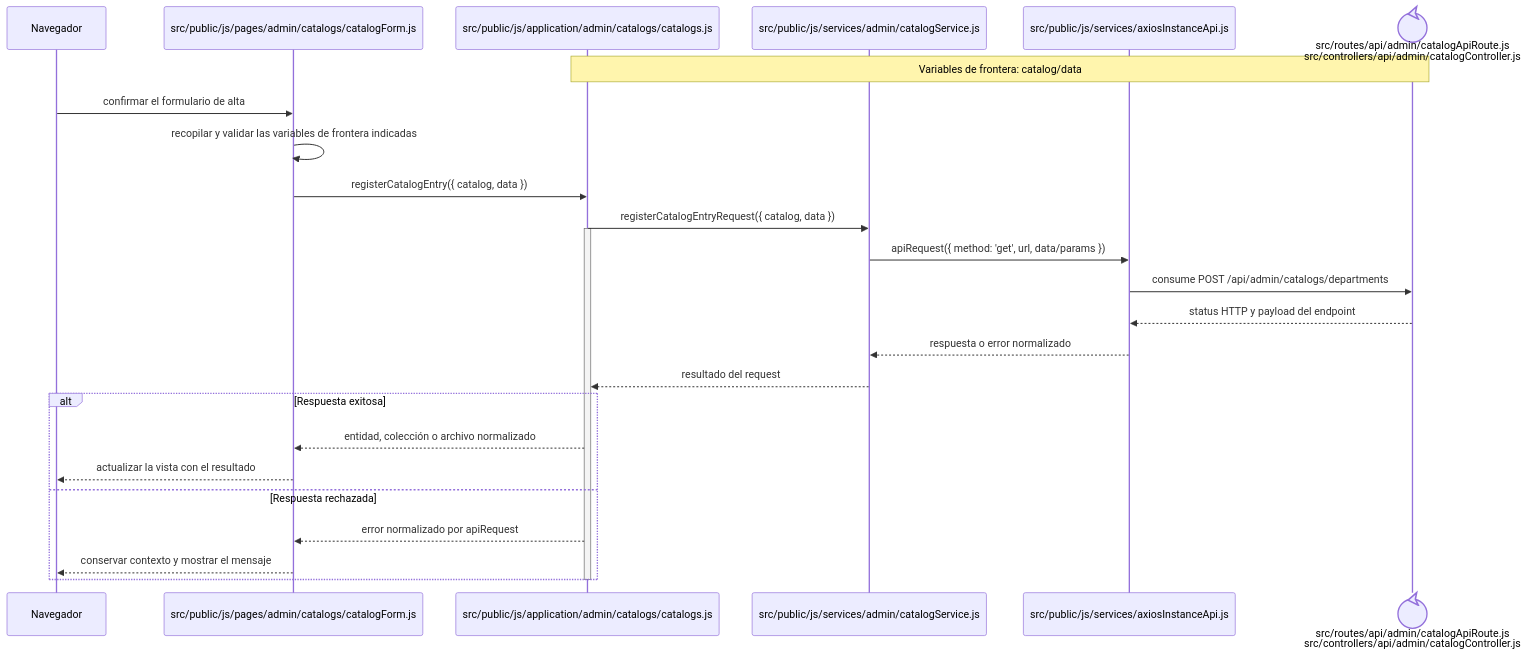
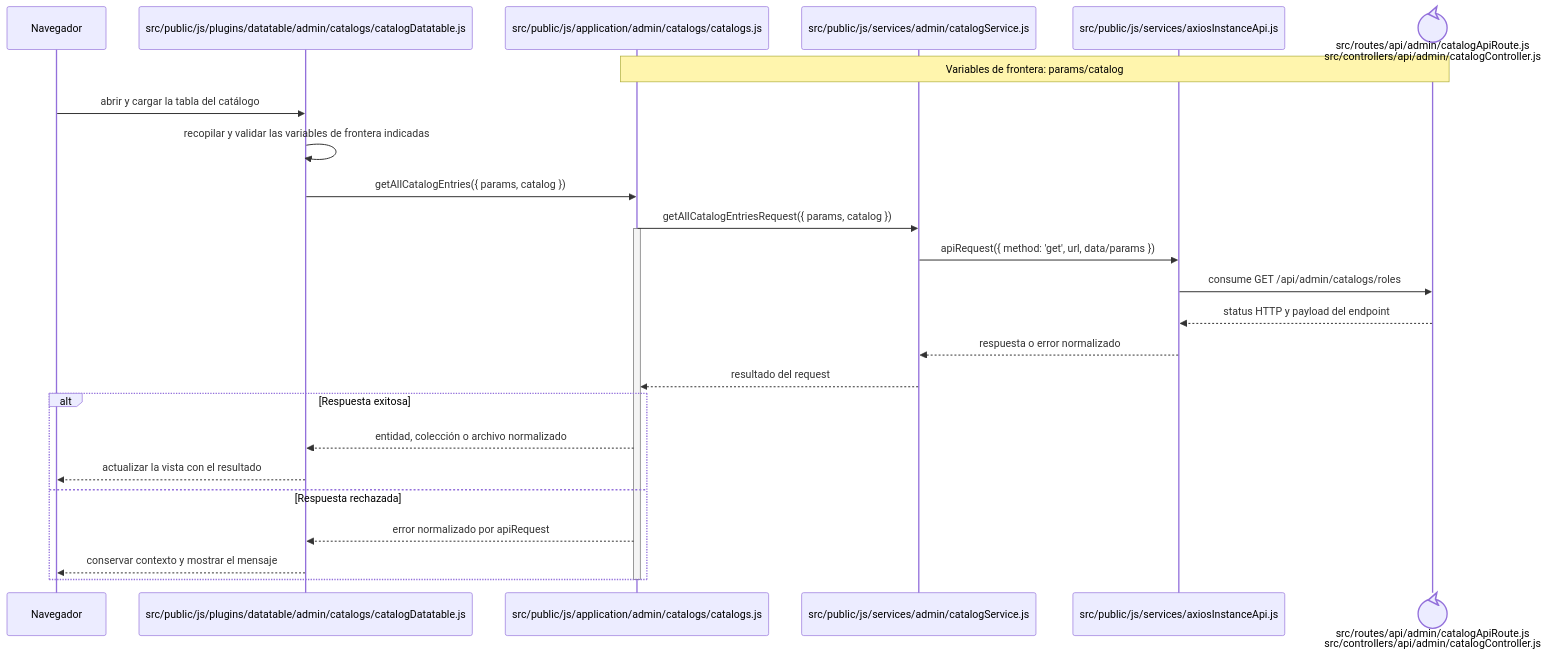
Before and after one commit to gpgsistemas01/nexus: the diagram in docs/architecture/frontend-code-sequences/catalogs/cu-cat-28.md, drawn with Mermaid. The commit also changed other lines of this file and 207 other files, not shown here.

````diff
--- a/docs/architecture/frontend-code-sequences/catalogs/cu-cat-28.md
+++ b/docs/architecture/frontend-code-sequences/catalogs/cu-cat-28.md
@@ -6,29 +6,29 @@
 ```mermaid
 sequenceDiagram
     participant Browser as Navegador
-    participant View as src/public/js/pages/admin/catalogs/catalogForm.js
+    participant View as src/public/js/plugins/datatable/admin/catalogs/catalogDatatable.js
     participant Application as src/public/js/application/admin/catalogs/catalogs.js
     participant Request as src/public/js/services/admin/catalogService.js
     participant HTTP as src/public/js/services/axiosInstanceApi.js
     participant Transport@{ "type": "control" } as src/routes/api/admin/catalogApiRoute.js<br/>src/controllers/api/admin/catalogController.js
-    Note over Application,Transport: Variables de frontera: catalog/data
+    Note over Application,Transport: Variables de frontera: params/catalog
 
-    Browser->>View: confirmar el formulario de alta
+    Browser->>View: abrir y cargar la tabla del catálogo
     View->>View: recopilar y validar las variables de frontera indicadas
-    View->>Application: registerCatalogEntry({ catalog, data })
-    Application->>Request: registerCatalogEntryRequest({ catalog, data })
+    View->>Application: getAllCatalogEntries({ params, catalog })
+    Application->>Request: getAllCatalogEntriesRequest({ params, catalog })
     activate Application
     Request->>HTTP: apiRequest({ method: 'get', url, data/params })
-    HTTP->>Transport: consume POST /api/admin/catalogs/departments
+    HTTP->>Transport: consume GET /api/admin/catalogs/roles
     Transport-->>HTTP: status HTTP y payload del endpoint
     HTTP-->>Request: respuesta o error normalizado
     Request-->>Application: resultado del request
     alt Respuesta exitosa
         Application-->>View: entidad, colección o archivo normalizado
         View-->>Browser: actualizar la vista con el resultado
     else Respuesta rechazada
         Application-->>View: error normalizado por apiRequest
         View-->>Browser: conservar contexto y mostrar el mensaje
     end
     deactivate Application
 ```
````
